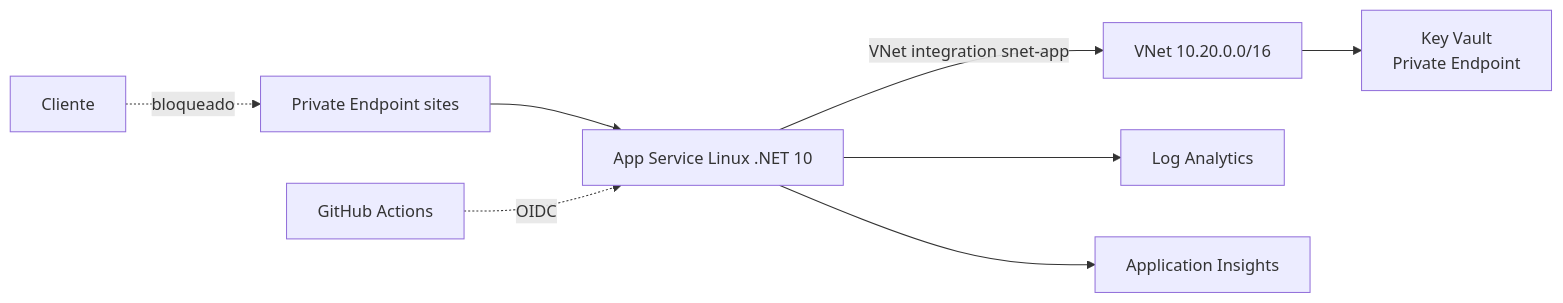
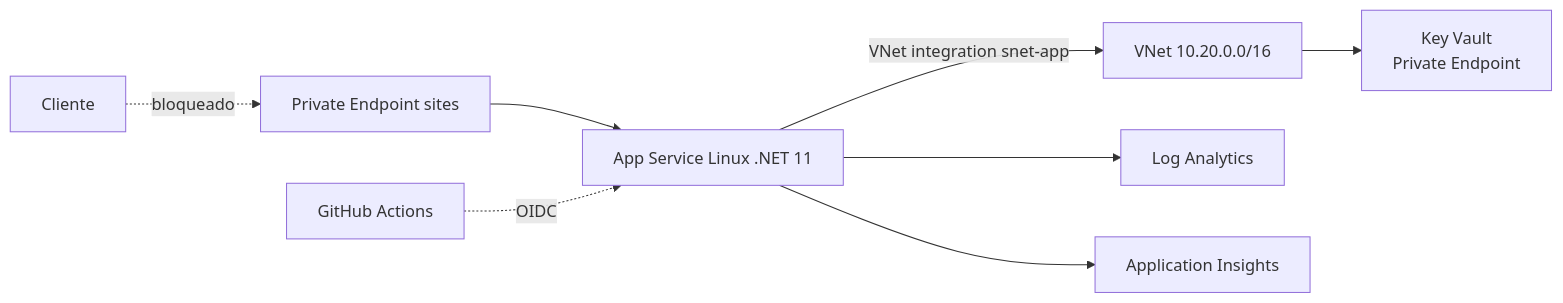
Before and after one commit to lanuzalorenzo/lab-api-local-azure: the diagram in docs/app-service.md, drawn with Mermaid. The commit also changed other lines of this file and 6 other files, not shown here.

````diff
--- a/docs/app-service.md
+++ b/docs/app-service.md
@@ -225,10 +225,10 @@
 ```mermaid
 flowchart LR
     U[Cliente] -.->|bloqueado| PE[Private Endpoint sites]
-    PE --> APP[App Service Linux .NET 10]
+    PE --> APP[App Service Linux .NET 11]
     APP -->|VNet integration snet-app| VNET[VNet 10.20.0.0/16]
     VNET --> KV[Key Vault<br/>Private Endpoint]
     APP --> LAW[Log Analytics]
     APP --> AI[Application Insights]
     GH[GitHub Actions] -.->|OIDC| APP
 ```
````
